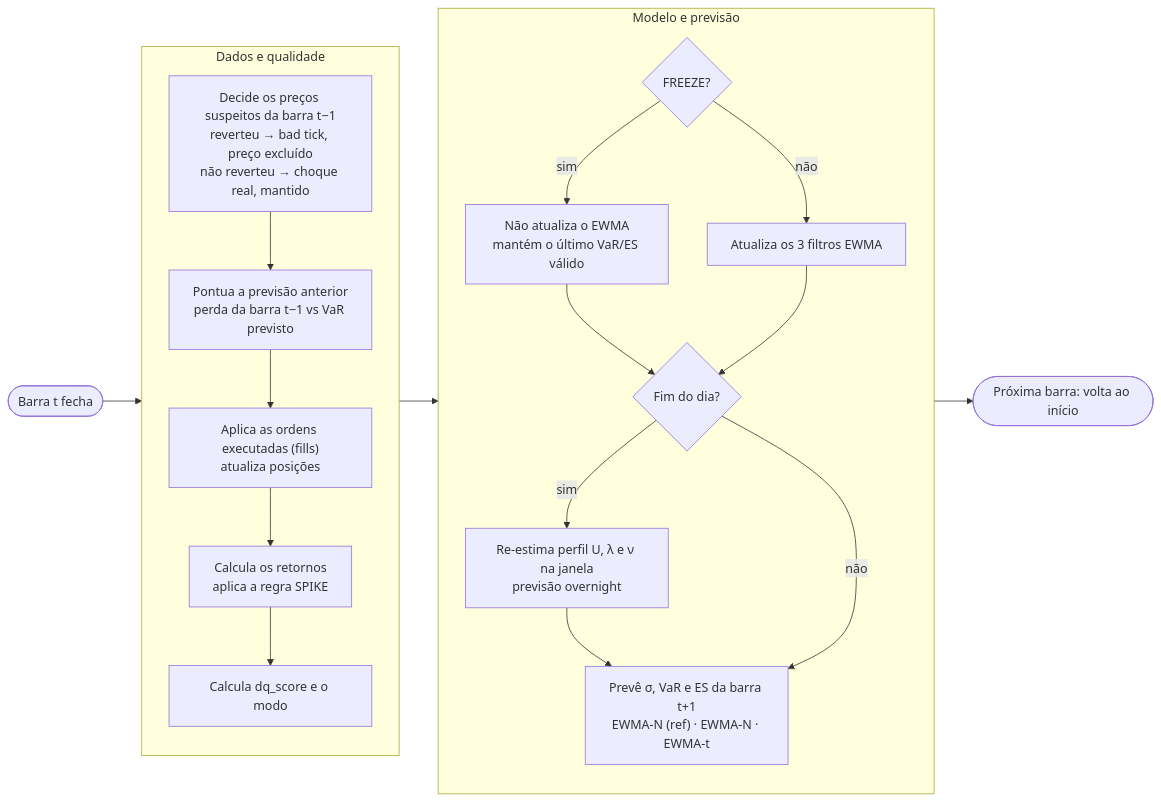
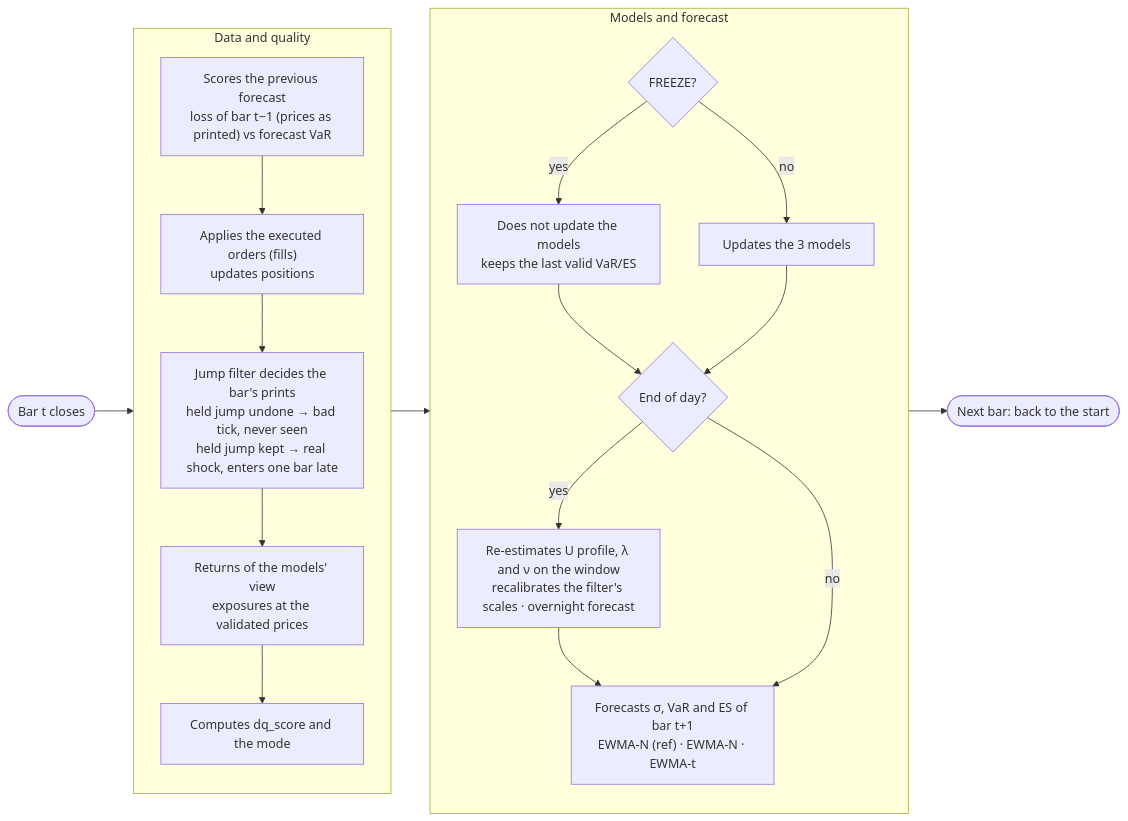
The fourth of 6 diagrams in architecture/README.md (gustavoscardino/intraday-risk-engine), drawn with Mermaid before and after one commit. The commit also changed other lines of this file and 97 other files, not shown here.

````diff
--- a/architecture/README.md
+++ b/architecture/README.md
@@ -151,31 +149,31 @@
 ```mermaid
 flowchart LR
-    A([Barra t fecha])
+    A([Bar t closes])
 
-    subgraph Dados["Dados e qualidade"]
+    subgraph Data["Data and quality"]
         direction TB
-        B["Decide os preços suspeitos da barra t−1<br/>reverteu → bad tick, preço excluído<br/>não reverteu → choque real, mantido"]
-        C["Pontua a previsão anterior<br/>perda da barra t−1 vs VaR previsto"]
-        D["Aplica as ordens executadas (fills)<br/>atualiza posições"]
-        E["Calcula os retornos<br/>aplica a regra SPIKE"]
-        F["Calcula dq_score e o modo"]
-        B --> C --> D --> E --> F
+        C["Scores the previous forecast<br/>loss of bar t−1 (prices as printed) vs forecast VaR"]
+        D["Applies the executed orders (fills)<br/>updates positions"]
+        B["Jump filter decides the bar's prints<br/>held jump undone → bad tick, never seen<br/>held jump kept → real shock, enters one bar late"]
+        E["Returns of the models' view<br/>exposures at the validated prices"]
+        F["Computes dq_score and the mode"]
+        C --> D --> B --> E --> F
     end
 
-    subgraph Modelo["Modelo e previsão"]
+    subgraph Model["Models and forecast"]
         direction TB
         G{FREEZE?}
-        H["Não atualiza o EWMA<br/>mantém o último VaR/ES válido"]
-        I["Atualiza os 3 filtros EWMA"]
-        J{Fim do dia?}
-        K["Re-estima perfil U, λ e ν na janela<br/>previsão overnight"]
-        L["Prevê σ, VaR e ES da barra t+1<br/>EWMA-N (ref) · EWMA-N · EWMA-t"]
-        G -- sim --> H --> J
-        G -- não --> I --> J
-        J -- sim --> K --> L
-        J -- não --> L
+        H["Does not update the models<br/>keeps the last valid VaR/ES"]
+        I["Updates the 3 models"]
+        J{End of day?}
+        K["Re-estimates U profile, λ and ν on the window<br/>recalibrates the filter's scales · overnight forecast"]
+        L["Forecasts σ, VaR and ES of bar t+1<br/>EWMA-N (ref) · EWMA-N · EWMA-t"]
+        G -- yes --> H --> J
+        G -- no --> I --> J
+        J -- yes --> K --> L
+        J -- no --> L
     end
 
-    Z([Próxima barra: volta ao início])
-    A --> Dados --> Modelo --> Z
+    Z([Next bar: back to the start])
+    A --> Data --> Model --> Z
 ```
````
